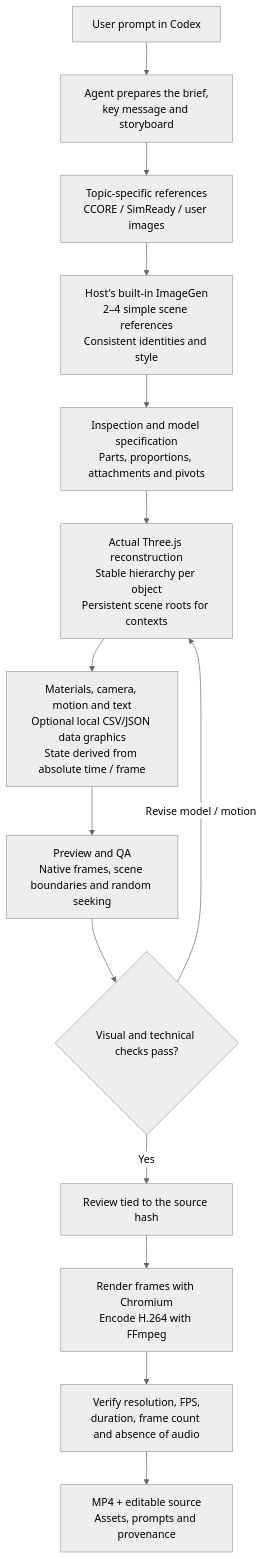
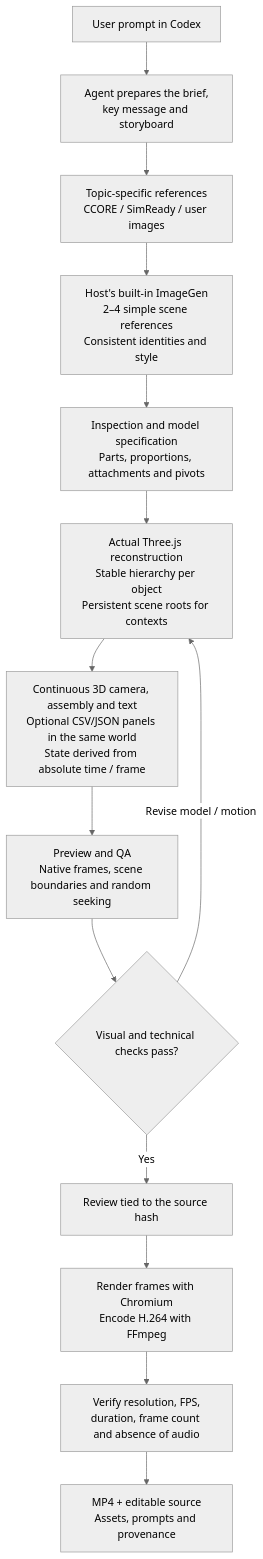
The fourth of 4 diagrams in README.md (kohryan/unrealmotion-skill), drawn with Mermaid (neutral theme) before and after one commit. The commit also changed other lines of this file and 35 other files, not shown here.

Commit message:
feat: add continuous 3D camera and slower physical reassembly

````diff
--- a/README.md
+++ b/README.md
@@ -449,16 +451,16 @@
 ```mermaid
 flowchart TD
     P["User prompt in Codex"] --> Q["Agent prepares the brief,<br/>key message and storyboard"]
     Q --> R["Topic-specific references<br/>CCORE / SimReady / user images"]
     R --> S["Host's built-in ImageGen<br/>2–4 simple scene references<br/>Consistent identities and style"]
     S --> T["Inspection and model specification<br/>Parts, proportions, attachments and pivots"]
     T --> U["Actual Three.js reconstruction<br/>Stable hierarchy per object<br/>Persistent scene roots for contexts"]
-    U --> V["Materials, camera, motion and text<br/>Optional local CSV/JSON data graphics<br/>State derived from absolute time / frame"]
+    U --> V["Continuous 3D camera, assembly and text<br/>Optional CSV/JSON panels in the same world<br/>State derived from absolute time / frame"]
     V --> W["Preview and QA<br/>Native frames, scene boundaries and random seeking"]
     W --> X{"Visual and technical checks pass?"}
     X -->|Revise model / motion| U
     X -->|Yes| Y["Review tied to the source hash"]
     Y --> Z["Render frames with Chromium<br/>Encode H.264 with FFmpeg"]
     Z --> AA["Verify resolution, FPS,<br/>duration, frame count and absence of audio"]
     AA --> AB["MP4 + editable source<br/>Assets, prompts and provenance"]
 ```
````
